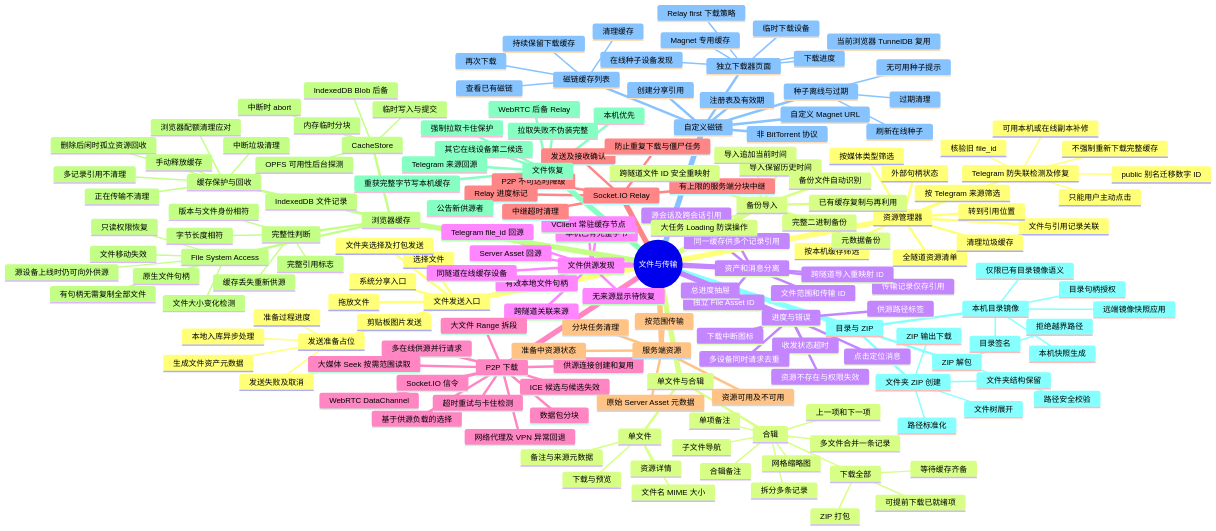
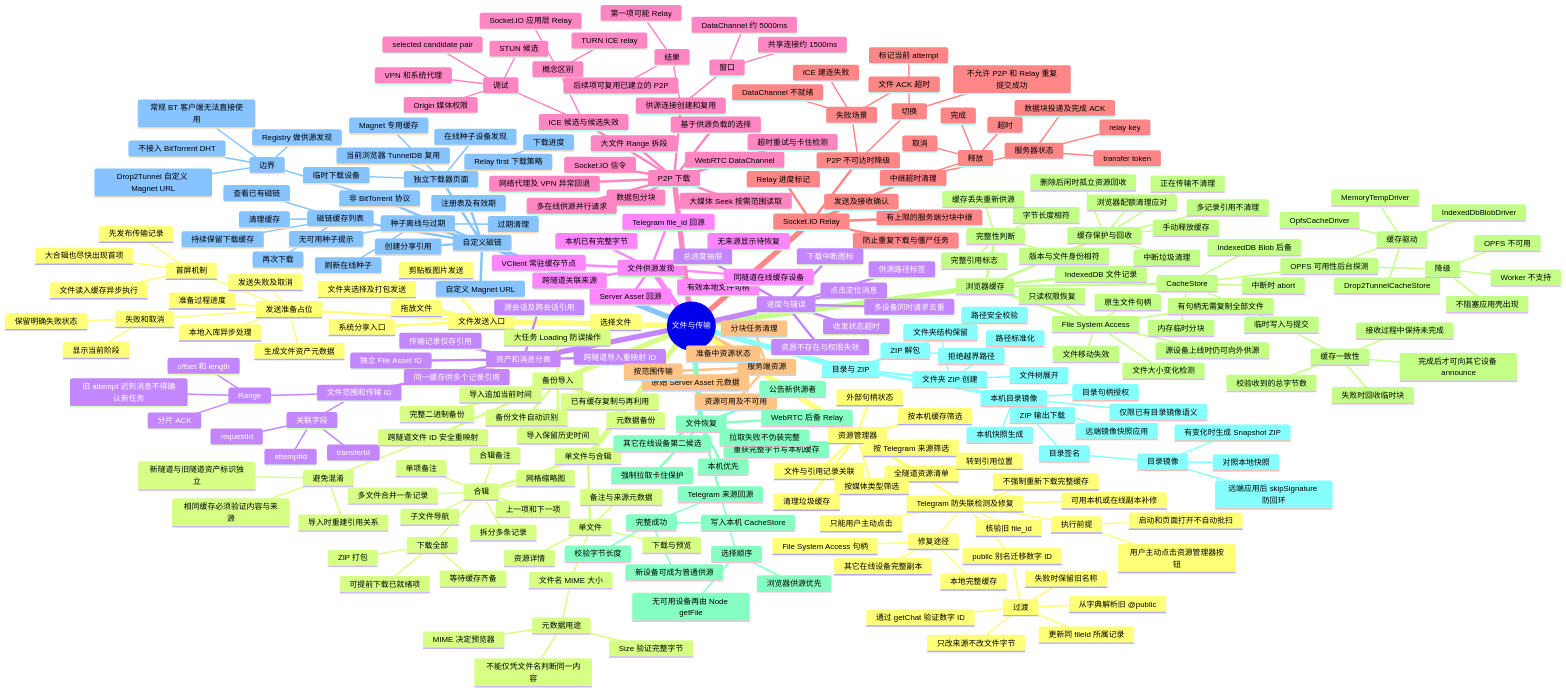
The diagram in docs/overview/feature-mindmaps/02-file-transfer-cache-magnet.md (Ltre/file-tunnel), drawn with Mermaid before and after one commit. The commit also changed 3 other files, not shown here.

Commit message:
docs: deeply expand mindmaps 01-04 with protocols states and failure boundaries

```diff
--- a/docs/overview/feature-mindmaps/02-file-transfer-cache-magnet.md
+++ b/docs/overview/feature-mindmaps/02-file-transfer-cache-magnet.md
@@ -17,6 +17,13 @@
       剪贴板图片发送
       文件夹选择及打包发送
       发送准备占位
+        首屏机制
+          先发布传输记录
+          文件读入缓存异步执行
+          大合辑也尽快出现首项
+        失败和取消
+          显示当前阶段
+          保留明确失败状态
         生成文件资产元数据
         本地入库异步处理
         准备过程进度
@@ -24,6 +31,10 @@
     单文件与合辑
       单文件
         文件名 MIME 大小
+          元数据用途
+            MIME 决定预览器
+            Size 验证完整字节
+            不能仅凭文件名判断同一内容
         备注与来源元数据
         资源详情
         下载与预览
@@ -43,6 +54,14 @@
       传输记录仅存引用
       独立 File Asset ID
       文件范围和传输 ID
+        关联字段
+          requestId
+          transferId
+          attemptId
+        Range
+          offset 和 length
+          分片 ACK
+          旧 attempt 迟到消息不得确认新任务
       源会话及跨会话引用
       跨隧道导入重映射 ID
       同一缓存供多个记录引用
@@ -59,7 +78,21 @@
       Socket.IO 信令
       WebRTC DataChannel
       ICE 候选与候选失效
+        调试
+          STUN 候选
+          VPN 和系统代理
+          Origin 媒体权限
+          selected candidate pair
+        概念区别
+          TURN ICE relay
+          Socket.IO 应用层 Relay
       供源连接创建和复用
+        窗口
+          共享连接约 1500ms
+          DataChannel 约 5000ms
+        结果
+          第一项可能 Relay
+          后续项可复用已建立的 P2P
       数据包分块
       大文件 Range 拆段
       多在线供源并行请求
@@ -69,9 +102,24 @@
       网络代理及 VPN 异常回退
     Socket.IO Relay
       P2P 不可达时降级
+        失败场景
+          ICE 建连失败
+          DataChannel 不就绪
+          文件 ACK 超时
+        切换
+          标记当前 attempt
+          不允许 P2P 和 Relay 重复提交成功
       有上限的服务端分块中继
       发送及接收确认
       中继超时清理
+        服务器状态
+          relay key
+          transfer token
+          数据块投递及完成 ACK
+        释放
+          完成
+          取消
+          超时
       Relay 进度标记
       防止重复下载与僵尸任务
     服务端资源
@@ -84,9 +132,23 @@
       IndexedDB 文件记录
       CacheStore
         OPFS 可用性后台探测
+          缓存驱动
+            OpfsCacheDriver
+            IndexedDbBlobDriver
+            MemoryTempDriver
+            Drop2TunnelCacheStore
+          降级
+            OPFS 不可用
+            Worker 不支持
+            不阻塞应用壳出现
         IndexedDB Blob 后备
         内存临时分块
         临时写入与提交
+          缓存一致性
+            接收过程中保持未完成
+            校验收到的总字节数
+            完成后才可向其它设备 announce
+            失败时回收临时块
         中断时 abort
       完整性判断
         字节长度相符
@@ -112,6 +174,13 @@
       其它在线设备第二候选
       WebRTC 后备 Relay
       Telegram 来源回源
+        选择顺序
+          浏览器供源优先
+          无可用设备再由 Node getFile
+        完整成功
+          校验字节长度
+          写入本机 CacheStore
+          新设备可成为普通供源
       重获完整字节写本机缓存
       公告新供源者
       拉取失败不伪装完整
@@ -128,11 +197,20 @@
       本机目录镜像
         目录句柄授权
         目录签名
+          目录镜像
+            对照本地快照
+            有变化时生成 Snapshot ZIP
+            远端应用后 skipSignature 防回环
         本机快照生成
         远端镜像快照应用
         仅限已有目录镜像语义
     自定义磁链
       非 BitTorrent 协议
+        边界
+          Drop2Tunnel 自定义 Magnet URL
+          Registry 做供源发现
+          不接入 BitTorrent DHT
+          常规 BT 客户端无法直接使用
       自定义 Magnet URL
       创建分享引用
       注册表及有效期
@@ -162,10 +240,23 @@
       转到引用位置
       清理垃圾缓存
       Telegram 防失联检测及修复
+        执行前提
+          用户主动点击资源管理器按钮
+          启动和页面打开不自动批扫
+        修复途径
+          本地完整缓存
+          File System Access 句柄
+          其它在线设备完整副本
         只能用户主动点击
         核验旧 file_id
         可用本机或在线副本补修
         public 别名迁移数字 ID
+          过渡
+            从字典解析旧 @public
+            通过 getChat 验证数字 ID
+            更新同 fileId 所属记录
+            只改来源不改文件字节
+            失败时保留旧名称
         不强制重新下载完整缓存
     备份导入
       元数据备份
@@ -173,6 +264,10 @@
       导入保留历史时间
       导入追加当前时间
       跨隧道文件 ID 安全重映射
+        避免混淆
+          新隧道与旧隧道资产标识独立
+          导入时重建引用关系
+          相同缓存必须验证内容与来源
       已有缓存复制与再利用
       备份文件自动识别
       大任务 Loading 防误操作
```
